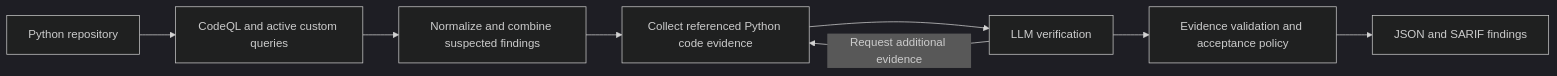
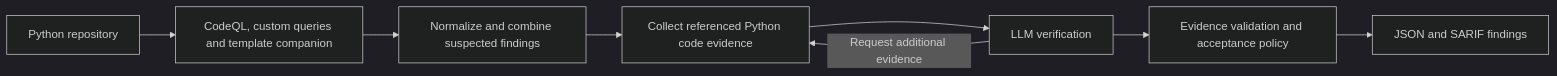
One commit to marwanahmedaly/opensast changed the diagram in docs/architecture.md. Above: the diagram before and after it, drawn with Mermaid (dark theme). The commit also changed 3 other files, not shown here.

````diff
--- a/docs/architecture.md
+++ b/docs/architecture.md
@@ -3,10 +3,10 @@
 ```mermaid
 flowchart LR
-    A[Python repository] --> B[CodeQL and active custom queries]
+    A[Python repository] --> B[CodeQL, custom queries and template companion]
     B --> C[Normalize and combine suspected findings]
     C --> D[Collect referenced Python code evidence]
     D --> E[LLM verification]
     E --> F[Evidence validation and acceptance policy]
     F --> G[JSON and SARIF findings]
     E -->|Request additional evidence| D
 ```
````
